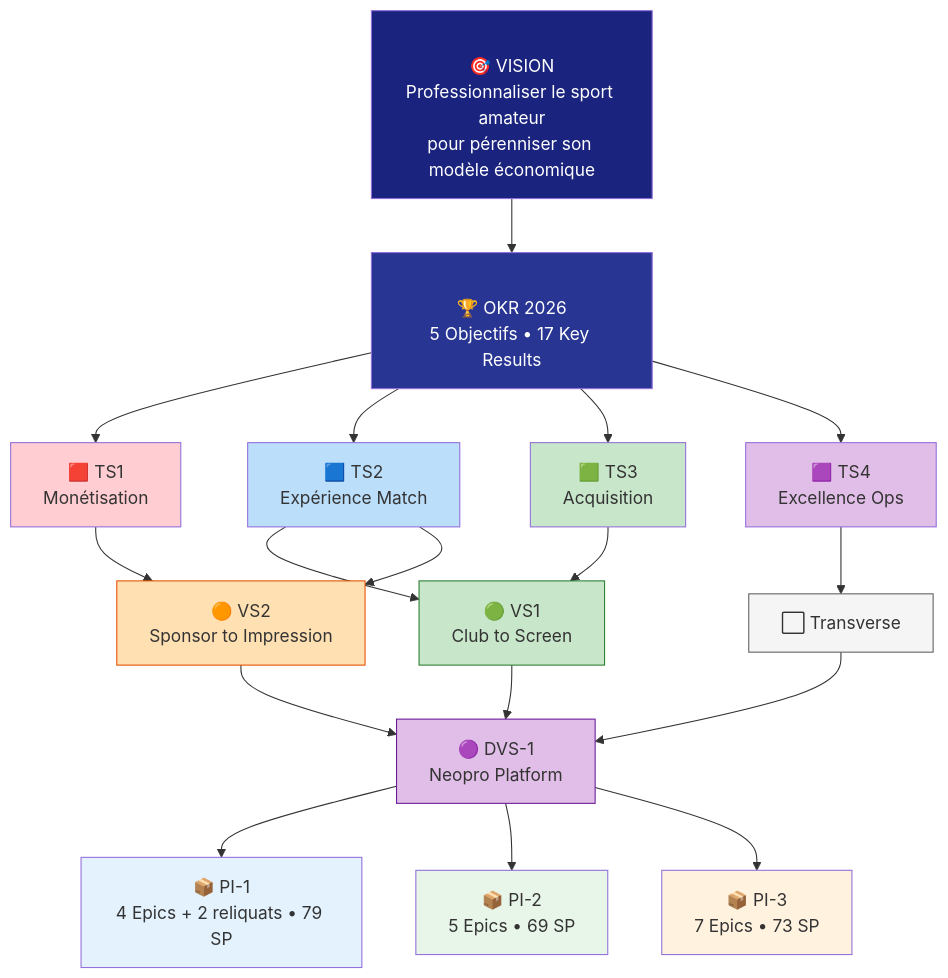
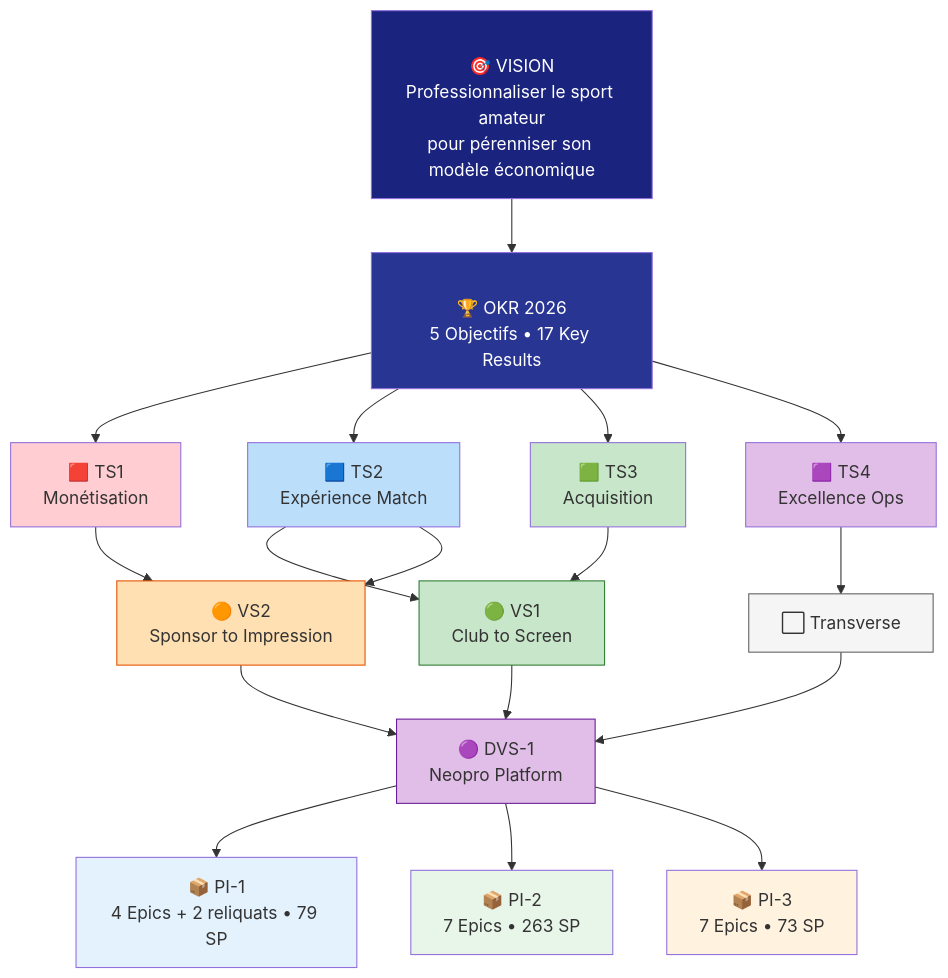
Before and after one commit to Tallec7/madxp: the first of 4 diagrams in docs/safe/PORTFOLIO.md, drawn with Mermaid. The commit also changed other lines of this file and 60 other files, not shown here.

````diff
--- a/docs/safe/PORTFOLIO.md
+++ b/docs/safe/PORTFOLIO.md
@@ -11,39 +11,39 @@
 ```mermaid
 flowchart TB
     VISION["\n🎯 VISION\nProfessionnaliser le sport amateur\npour pérenniser son modèle économique\n"]
 
     VISION --> OKR["\n🏆 OKR 2026\n5 Objectifs • 17 Key Results\n"]
 
     OKR --> TS1["🟥 TS1\nMonétisation"]
     OKR --> TS2["🟦 TS2\nExpérience Match"]
     OKR --> TS3["🟩 TS3\nAcquisition"]
     OKR --> TS4["🟪 TS4\nExcellence Ops"]
 
     TS1 --> VS2["🟠 VS2\nSponsor to Impression"]
     TS2 --> VS1["🟢 VS1\nClub to Screen"]
     TS2 --> VS2
     TS3 --> VS1
     TS4 --> TRANS["⬜ Transverse"]
 
     VS1 --> DVS["🟣 DVS-1\nNeopro Platform"]
     VS2 --> DVS
     TRANS --> DVS
 
     DVS --> PI1["📦 PI-1\n4 Epics + 2 reliquats • 79 SP"]
-    DVS --> PI2["📦 PI-2\n5 Epics • 69 SP"]
+    DVS --> PI2["📦 PI-2\n7 Epics • 263 SP"]
     DVS --> PI3["📦 PI-3\n7 Epics • 73 SP"]
 
     style VISION fill:#1a237e,color:#fff
     style OKR fill:#283593,color:#fff
     style TS1 fill:#ffcdd2
     style TS2 fill:#bbdefb
     style TS3 fill:#c8e6c9
     style TS4 fill:#e1bee7
     style VS1 fill:#c8e6c9,stroke:#2e7d32
     style VS2 fill:#ffe0b2,stroke:#e65100
     style TRANS fill:#f5f5f5,stroke:#616161
     style DVS fill:#e1bee7,stroke:#6a1b9a
     style PI1 fill:#e3f2fd
     style PI2 fill:#e8f5e9
     style PI3 fill:#fff3e0
 ```
````
